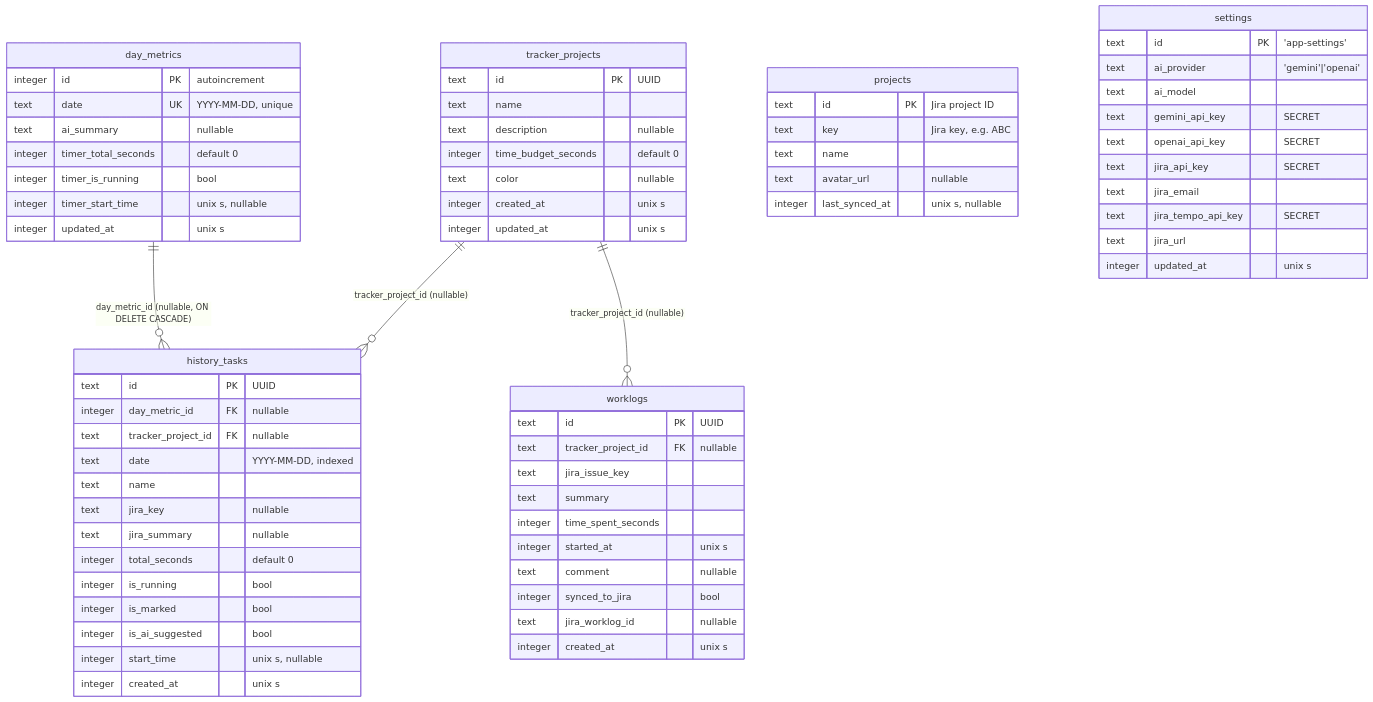
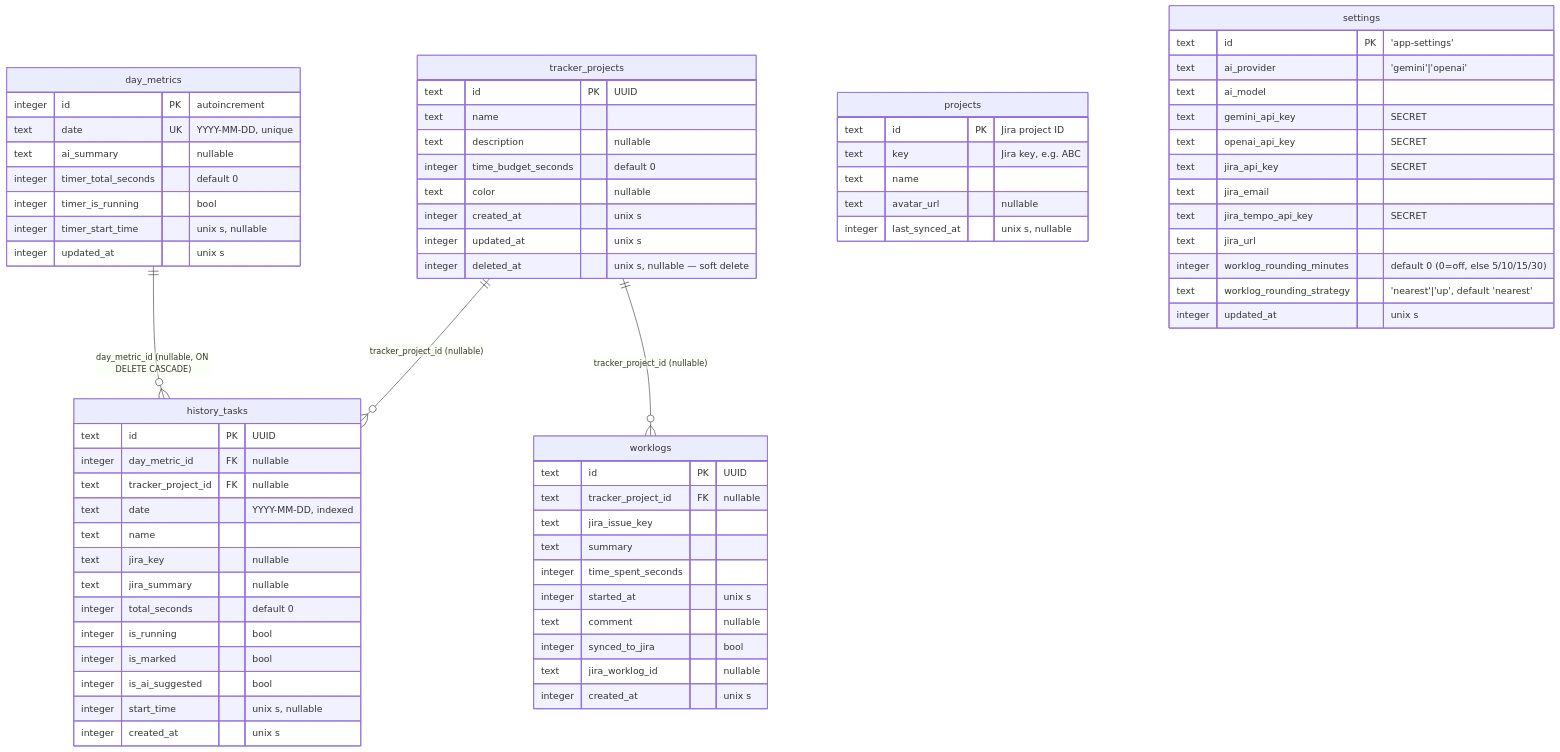
One commit to Lenny606/task-tracker changed the diagram in docs/DB_SCHEMA.md. Above: the diagram before and after it, drawn with Mermaid. The commit also changed other lines of this file and 40 other files, not shown here.

Commit message:
feat: update schema with new defaults, indices, and tracker_projects `deleted_at` column; implement duration rounding tests

````diff
--- a/docs/DB_SCHEMA.md
+++ b/docs/DB_SCHEMA.md
@@ -24,76 +24,79 @@
 ```mermaid
 erDiagram
     tracker_projects ||--o{ history_tasks : "tracker_project_id (nullable)"
     tracker_projects ||--o{ worklogs : "tracker_project_id (nullable)"
     day_metrics ||--o{ history_tasks : "day_metric_id (nullable, ON DELETE CASCADE)"
 
     tracker_projects {
         text id PK "UUID"
         text name
         text description "nullable"
         integer time_budget_seconds "default 0"
         text color "nullable"
         integer created_at "unix s"
         integer updated_at "unix s"
+        integer deleted_at "unix s, nullable — soft delete"
     }
 
     day_metrics {
         integer id PK "autoincrement"
         text date UK "YYYY-MM-DD, unique"
         text ai_summary "nullable"
         integer timer_total_seconds "default 0"
         integer timer_is_running "bool"
         integer timer_start_time "unix s, nullable"
         integer updated_at "unix s"
     }
 
     history_tasks {
         text id PK "UUID"
         integer day_metric_id FK "nullable"
         text tracker_project_id FK "nullable"
         text date "YYYY-MM-DD, indexed"
         text name
         text jira_key "nullable"
         text jira_summary "nullable"
         integer total_seconds "default 0"
         integer is_running "bool"
         integer is_marked "bool"
         integer is_ai_suggested "bool"
         integer start_time "unix s, nullable"
         integer created_at "unix s"
     }
 
     worklogs {
         text id PK "UUID"
         text tracker_project_id FK "nullable"
         text jira_issue_key
         text summary
         integer time_spent_seconds
         integer started_at "unix s"
         text comment "nullable"
         integer synced_to_jira "bool"
         text jira_worklog_id "nullable"
         integer created_at "unix s"
     }
 
     projects {
         text id PK "Jira project ID"
         text key "Jira key, e.g. ABC"
         text name
         text avatar_url "nullable"
         integer last_synced_at "unix s, nullable"
     }
 
     settings {
         text id PK "'app-settings'"
         text ai_provider "'gemini'|'openai'"
         text ai_model
         text gemini_api_key "SECRET"
         text openai_api_key "SECRET"
         text jira_api_key "SECRET"
         text jira_email
         text jira_tempo_api_key "SECRET"
         text jira_url
+        integer worklog_rounding_minutes "default 0 (0=off, else 5/10/15/30)"
+        text worklog_rounding_strategy "'nearest'|'up', default 'nearest'"
         integer updated_at "unix s"
     }
 ```
````
